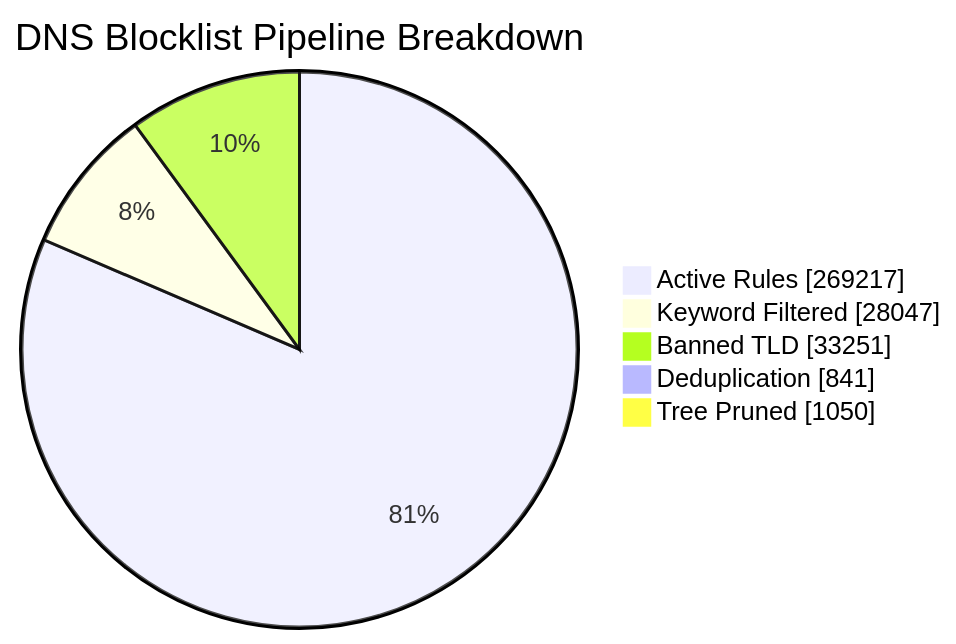
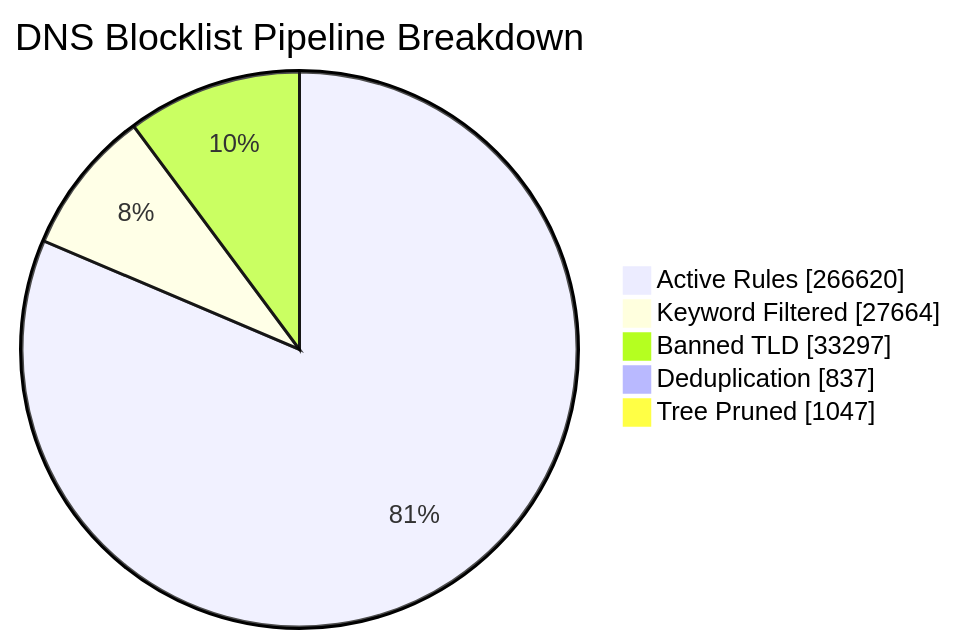
One commit to brojangles24/Cloudflare-ZeroTrust-AdBlock changed the first of 6 diagrams in README_STATS.md. Above: the diagram before and after it, drawn with Mermaid. The commit also changed other lines of this file and 1 other file, not shown here.

````diff
--- a/README_STATS.md
+++ b/README_STATS.md
@@ -41,8 +41,8 @@
 ```mermaid
 pie showData title DNS Blocklist Pipeline Breakdown
-    "Active Rules"     : 269217
-    "Keyword Filtered" : 28047
-    "Banned TLD"       : 33251
-    "Deduplication"    : 841
-    "Tree Pruned"      : 1050
+    "Active Rules"     : 266620
+    "Keyword Filtered" : 27664
+    "Banned TLD"       : 33297
+    "Deduplication"    : 837
+    "Tree Pruned"      : 1047
 ```
````
